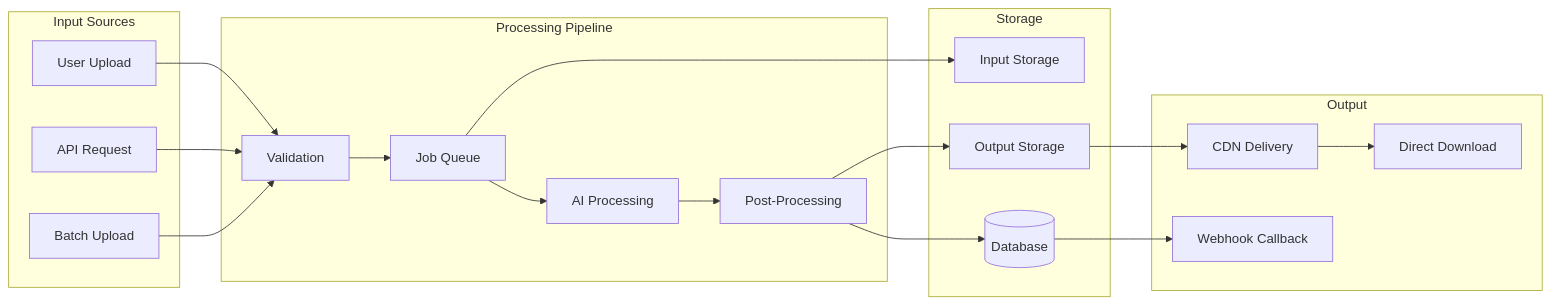
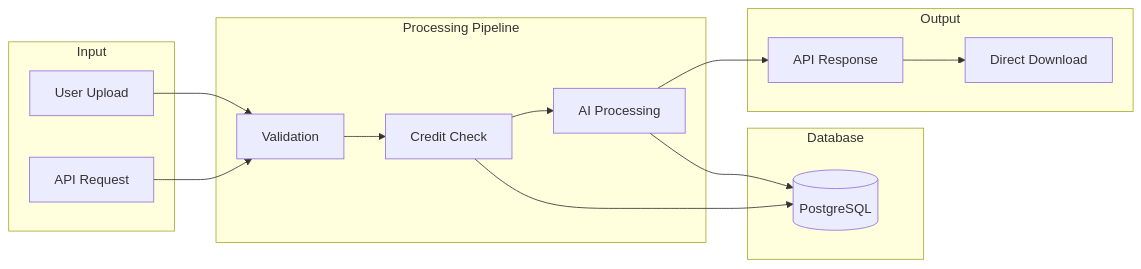
The fourth of 10 diagrams in docs/technical/system-architecture.md (jonit-dev/pixelperfect), drawn with Mermaid before and after one commit. The commit also changed other lines of this file and 10 other files, not shown here.

````diff
--- a/docs/technical/system-architecture.md
+++ b/docs/technical/system-architecture.md
@@ -143,43 +137,34 @@
 ```mermaid
 flowchart LR
-    subgraph "Input Sources"
+    subgraph "Input"
         UPLOAD[User Upload]
         API_IN[API Request]
-        BATCH[Batch Upload]
     end
 
     subgraph "Processing Pipeline"
         VALIDATE[Validation]
-        QUEUE[Job Queue]
+        CREDITS[Credit Check]
         PROCESS[AI Processing]
-        POST[Post-Processing]
     end
 
-    subgraph "Storage"
-        INPUT_S3[Input Storage]
-        OUTPUT_S3[Output Storage]
-        DB[(Database)]
+    subgraph "Database"
+        DB[(PostgreSQL)]
     end
 
     subgraph "Output"
+        RESPONSE[API Response]
         DOWNLOAD[Direct Download]
-        CDN_OUT[CDN Delivery]
-        WEBHOOK[Webhook Callback]
     end
 
     UPLOAD --> VALIDATE
     API_IN --> VALIDATE
-    BATCH --> VALIDATE
 
-    VALIDATE --> QUEUE
-    QUEUE --> INPUT_S3
-    QUEUE --> PROCESS
+    VALIDATE --> CREDITS
+    CREDITS --> PROCESS
+    CREDITS --> DB
 
-    PROCESS --> POST
-    POST --> OUTPUT_S3
-    POST --> DB
+    PROCESS --> RESPONSE
+    PROCESS --> DB
 
-    OUTPUT_S3 --> CDN_OUT
-    CDN_OUT --> DOWNLOAD
-    DB --> WEBHOOK
+    RESPONSE --> DOWNLOAD
 ```
````
